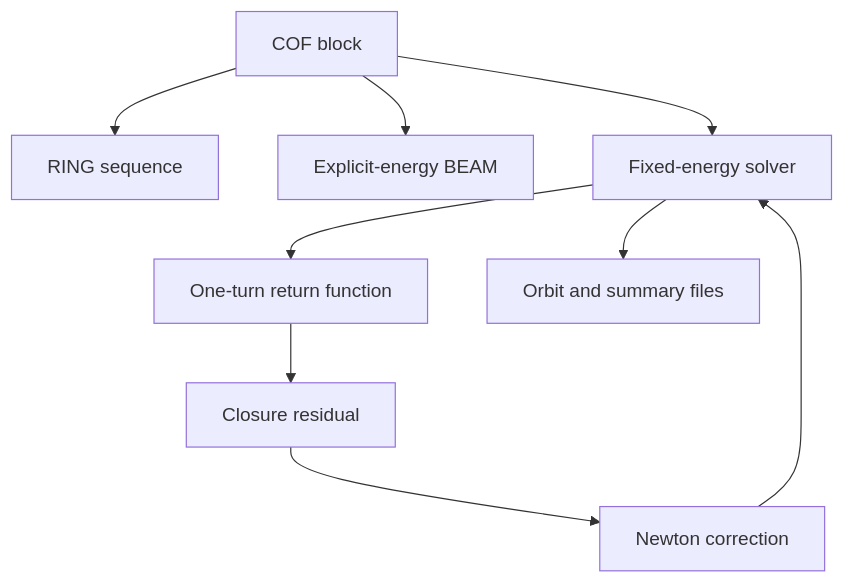
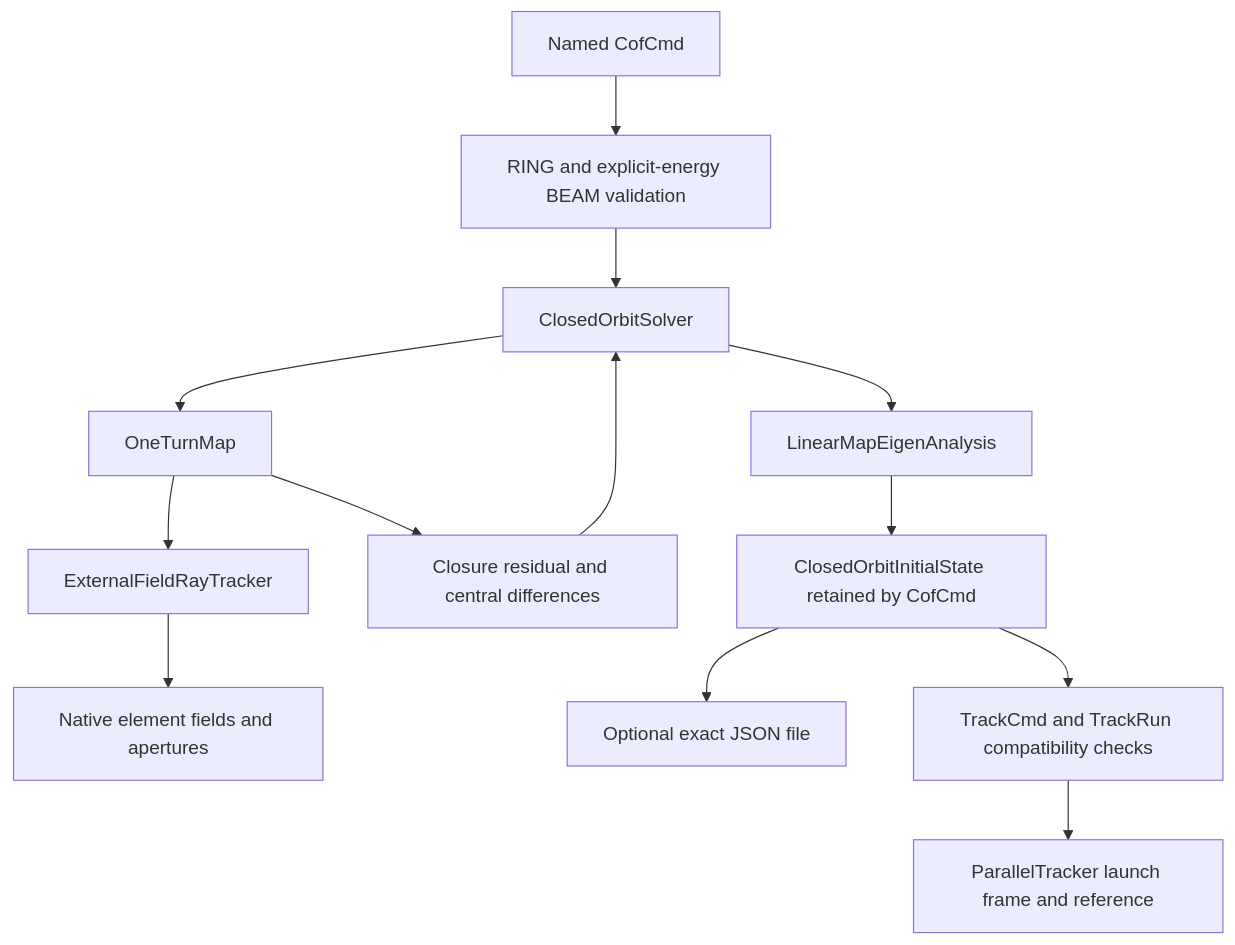
Before and after one commit to OPALX-project/opalx-manual: the third of 7 diagrams in developer-guide/architecture.qmd, drawn with Mermaid. The commit also changed other lines of this file and 10 other files, not shown here.

First line of the commit message:
Document named COF results and TRACK orbit handover

````diff
--- a/developer-guide/architecture.qmd
+++ b/developer-guide/architecture.qmd
@@ -94,11 +98,15 @@
 ```{mermaid}
 flowchart TD
-  Cof[COF block] --> Ring[RING sequence]
-  Cof --> Beam[Explicit-energy BEAM]
-  Cof --> Solver[Fixed-energy solver]
-  Solver --> Return[One-turn return function]
-  Return --> Residual[Closure residual]
-  Residual --> Update[Newton correction]
-  Update --> Solver
-  Solver --> Output[Orbit and summary files]
+  Cof[Named CofCmd] --> Setup[RING and explicit-energy BEAM validation]
+  Setup --> Solver[ClosedOrbitSolver]
+  Solver --> Return[OneTurnMap]
+  Return --> Rays[ExternalFieldRayTracker]
+  Rays --> Fields[Native element fields and apertures]
+  Return --> Residual[Closure residual and central differences]
+  Residual --> Solver
+  Solver --> Eigen[LinearMapEigenAnalysis]
+  Eigen --> State[ClosedOrbitInitialState retained by CofCmd]
+  State --> JSON[Optional exact JSON file]
+  State --> Track[TrackCmd and TrackRun compatibility checks]
+  Track --> Tracker[ParallelTracker launch frame and reference]
 ```
````
